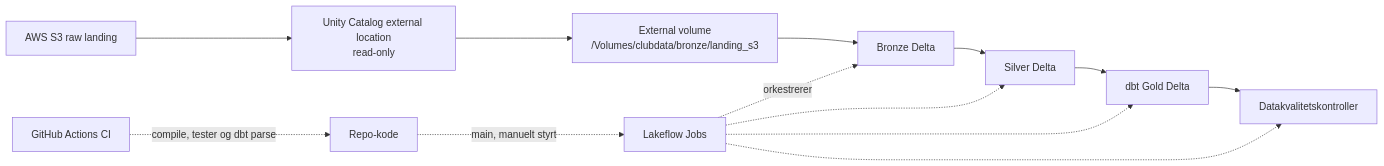
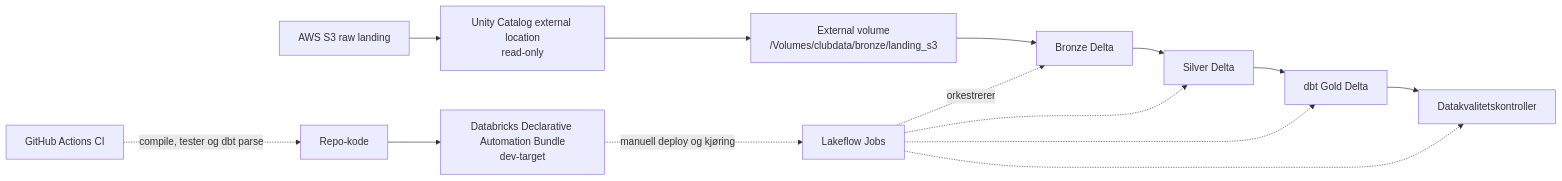
Before and after one commit to NilsenTommy/club-data-platform: the diagram in docs/architecture.md, drawn with Mermaid. The commit also changed other lines of this file and 2 other files, not shown here.

Commit message:
docs: document Databricks bundle workflow

````diff
--- a/docs/architecture.md
+++ b/docs/architecture.md
@@ -100,15 +100,16 @@
 ```mermaid
 flowchart LR
   S3[AWS S3 raw landing] --> EL[Unity Catalog external location<br/>read-only]
   EL --> V[External volume<br/>/Volumes/clubdata/bronze/landing_s3]
   V --> B[Bronze Delta]
   B --> S[Silver Delta]
   S --> G[dbt Gold Delta]
   G --> DQ[Datakvalitetskontroller]
   LJ[Lakeflow Jobs] -. orkestrerer .-> B
   LJ -.-> S
   LJ -.-> G
   LJ -.-> DQ
   CI[GitHub Actions CI] -. compile, tester og dbt parse .-> R[Repo-kode]
-  R -. main, manuelt styrt .-> LJ
+  R --> DB[Databricks Declarative Automation Bundle<br/>dev-target]
+  DB -. manuell deploy og kjøring .-> LJ
 ```
````
